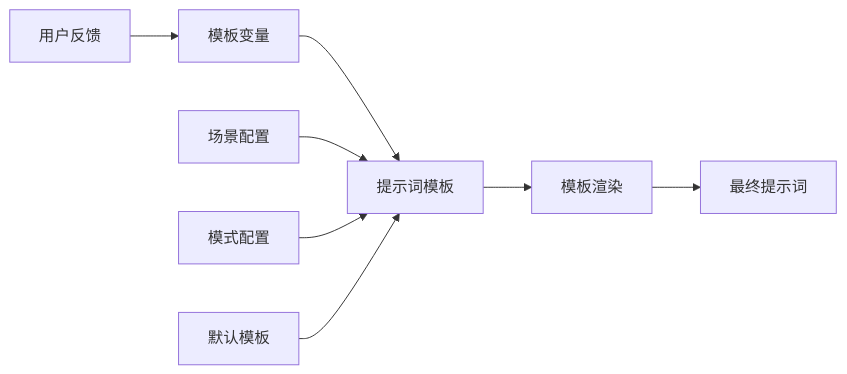
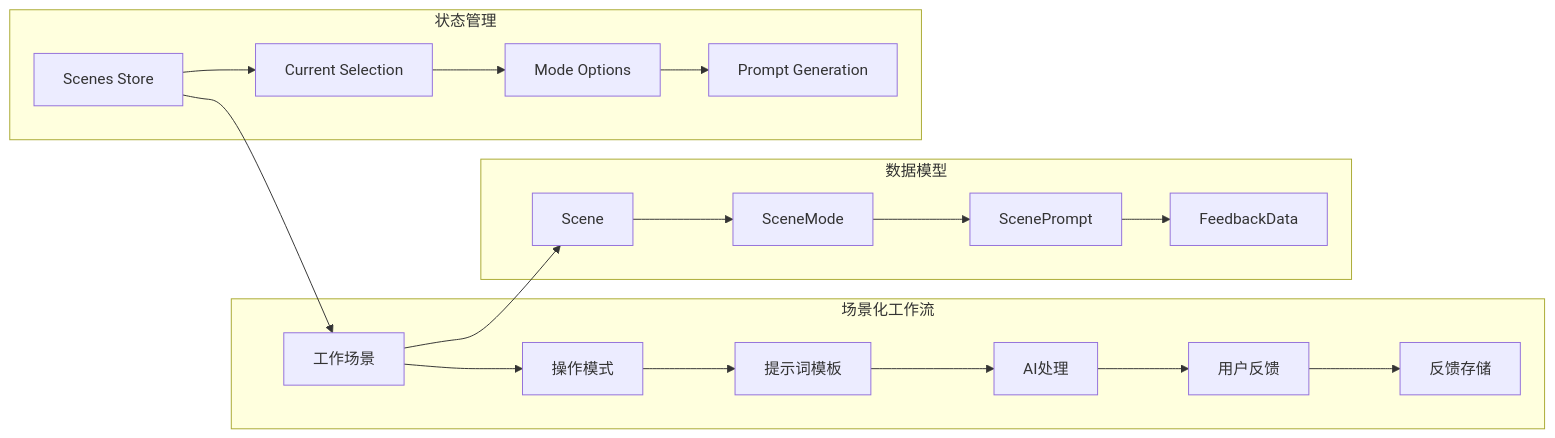
The second of 3 diagrams in docs/架构层/项目概览.md (Songmengdi/mcp-feedback-collector), drawn with Mermaid before and after one commit. The commit also changed other lines of this file and 37 other files, not shown here.

````diff
--- a/docs/架构层/项目概览.md
+++ b/docs/架构层/项目概览.md
@@ -152,11 +60,25 @@
 ```mermaid
 graph LR
-    A[用户反馈] --> B[模板变量]
-    B --> C[提示词模板]
-    C --> D[模板渲染]
-    D --> E[最终提示词]
+    subgraph "场景化工作流"
+        A[工作场景] --> B[操作模式]
+        B --> C[提示词模板]
+        C --> D[AI处理]
+        D --> E[用户反馈]
+        E --> F[反馈存储]
+    end
     
-    F[场景配置] --> C
-    G[模式配置] --> C
-    H[默认模板] --> C
+    subgraph "数据模型"
+        G[Scene] --> H[SceneMode]
+        H --> I[ScenePrompt]
+        I --> J[FeedbackData]
+    end
+    
+    subgraph "状态管理"
+        K[Scenes Store] --> L[Current Selection]
+        L --> M[Mode Options]
+        M --> N[Prompt Generation]
+    end
+    
+    A --> G
+    K --> A
 ```
````
